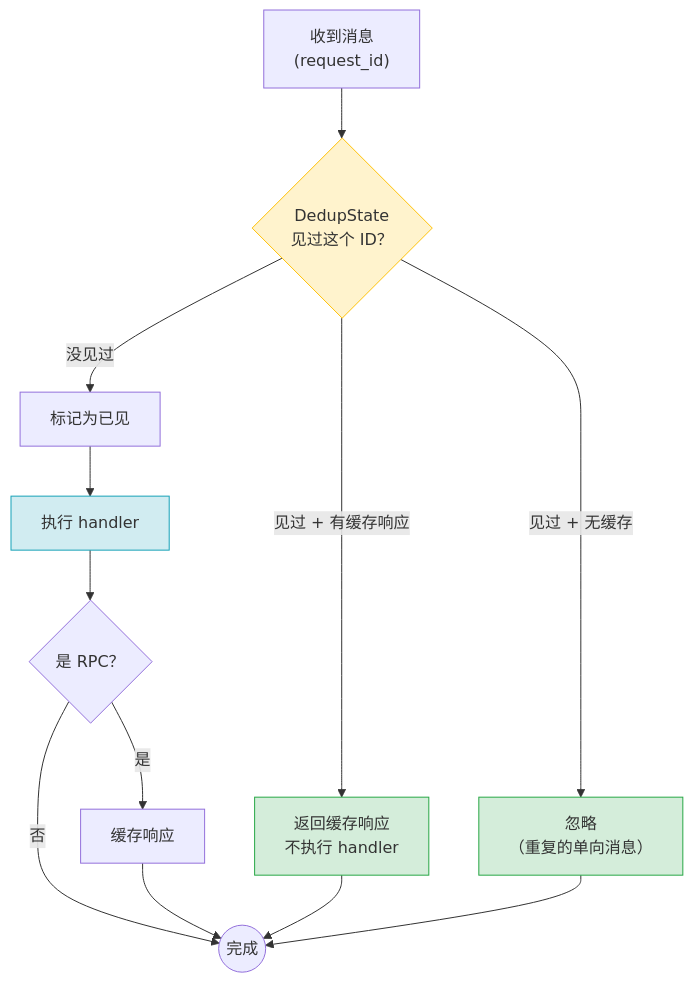
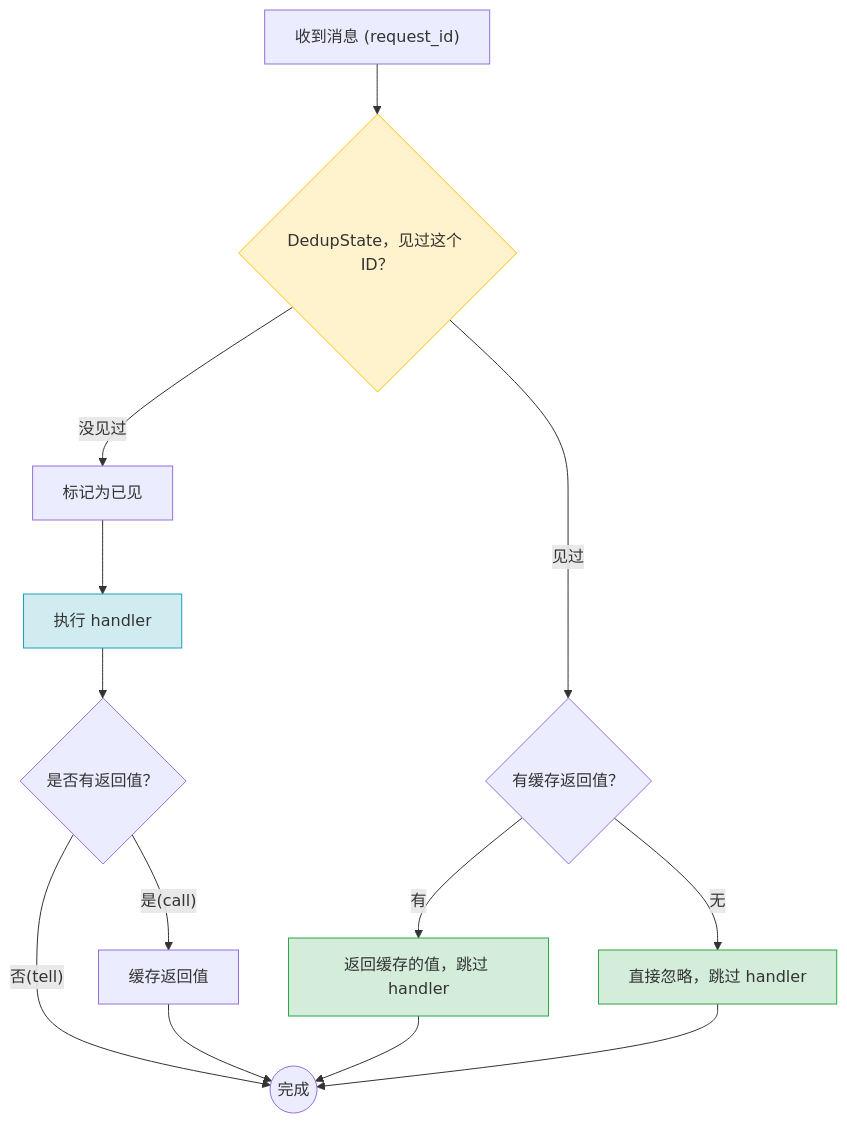
Before and after one commit to actor-rtc/actor-rtc.github.io: the diagram in zh-hans/transient-error-retry-send-design.md, drawn with Mermaid. The commit also changed other lines of this file, not shown here.

````diff
--- a/zh-hans/transient-error-retry-send-design.md
+++ b/zh-hans/transient-error-retry-send-design.md
@@ -143,21 +154,22 @@
 ```mermaid
 flowchart TD
-    A["收到消息\n(request_id)"] --> B{"DedupState\n见过这个 ID？"}
+    A["收到消息 (request_id)"] --> B{"DedupState，见过这个 ID？"}
 
     B -- "没见过" --> C["标记为已见"]
     C --> D["执行 handler"]
-    D --> E{"是 RPC？"}
-    E -- "是" --> F["缓存响应"]
-    E -- "否" --> G(("完成"))
+    D --> E{"是否有返回值？"}
+    E -- "是(call)" --> F["缓存返回值"]
+    E -- "否(tell)" --> G(("完成"))
     F --> G
 
-    B -- "见过 + 有缓存响应" --> H["返回缓存响应\n不执行 handler"]
-    B -- "见过 + 无缓存" --> I["忽略\n（重复的单向消息）"]
-    H --> G
+    B -- "见过" --> H{"有缓存返回值？"}
+    H -- "有" --> I["返回缓存的值，跳过 handler"]
+    H -- "无" --> J["直接忽略，跳过 handler"]
     I --> G
+    J --> G
 
     style B fill:#fff3cd,stroke:#ffc107
     style D fill:#d1ecf1,stroke:#17a2b8
-    style H fill:#d4edda,stroke:#28a745
     style I fill:#d4edda,stroke:#28a745
+    style J fill:#d4edda,stroke:#28a745
 ```
````
